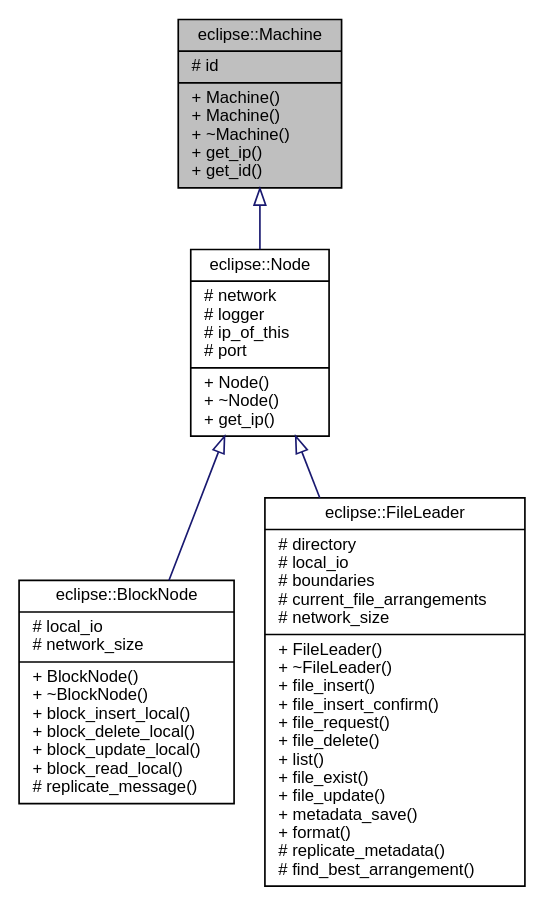
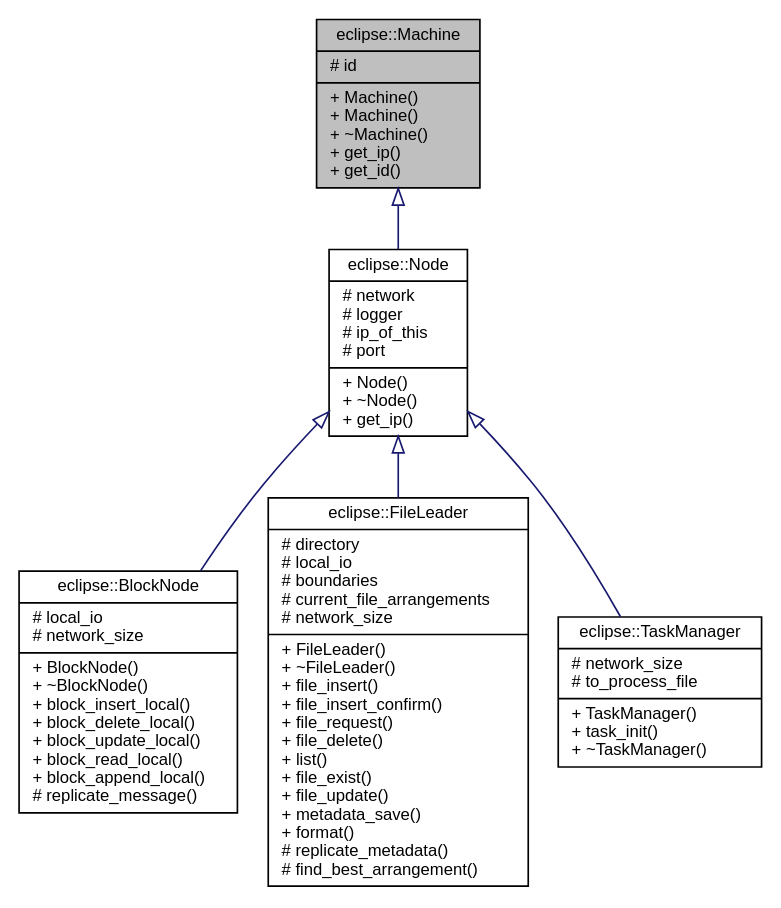
One commit to DICL/VeloxDFS changed the diagram in classeclipse_1_1Machine__inherit__graph.dot. Above: the diagram before and after it, drawn with Graphviz. The commit also changed 1482 other files, not shown here.

```diff
--- a/classeclipse_1_1Machine__inherit__graph.dot
+++ b/classeclipse_1_1Machine__inherit__graph.dot
@@ -1,12 +1,15 @@
 digraph "eclipse::Machine"
 {
+ // LATEX_PDF_SIZE
   edge [fontname="Helvetica",fontsize="10",labelfontname="Helvetica",labelfontsize="10"];
   node [fontname="Helvetica",fontsize="10",shape=record];
-  Node1 [label="{eclipse::Machine\n|# id\l|+ Machine()\l+ Machine()\l+ ~Machine()\l+ get_ip()\l+ get_id()\l}",height=0.2,width=0.4,color="black", fillcolor="grey75", style="filled" fontcolor="black"];
+  Node1 [label="{eclipse::Machine\n|# id\l|+ Machine()\l+ Machine()\l+ ~Machine()\l+ get_ip()\l+ get_id()\l}",height=0.2,width=0.4,color="black", fillcolor="grey75", style="filled", fontcolor="black",tooltip=" "];
   Node1 -> Node2 [dir="back",color="midnightblue",fontsize="10",style="solid",arrowtail="onormal",fontname="Helvetica"];
-  Node2 [label="{eclipse::Node\n|# network\l# logger\l# ip_of_this\l# port\l|+ Node()\l+ ~Node()\l+ get_ip()\l}",height=0.2,width=0.4,color="black", fillcolor="white", style="filled",URL="$classeclipse_1_1Node.html"];
+  Node2 [label="{eclipse::Node\n|# network\l# logger\l# ip_of_this\l# port\l|+ Node()\l+ ~Node()\l+ get_ip()\l}",height=0.2,width=0.4,color="black", fillcolor="white", style="filled",URL="$classeclipse_1_1Node.html",tooltip=" "];
   Node2 -> Node3 [dir="back",color="midnightblue",fontsize="10",style="solid",arrowtail="onormal",fontname="Helvetica"];
-  Node3 [label="{eclipse::BlockNode\n|# local_io\l# network_size\l|+ BlockNode()\l+ ~BlockNode()\l+ block_insert_local()\l+ block_delete_local()\l+ block_update_local()\l+ block_read_local()\l# replicate_message()\l}",height=0.2,width=0.4,color="black", fillcolor="white", style="filled",URL="$classeclipse_1_1BlockNode.html"];
+  Node3 [label="{eclipse::BlockNode\n|# local_io\l# network_size\l|+ BlockNode()\l+ ~BlockNode()\l+ block_insert_local()\l+ block_delete_local()\l+ block_update_local()\l+ block_read_local()\l+ block_append_local()\l# replicate_message()\l}",height=0.2,width=0.4,color="black", fillcolor="white", style="filled",URL="$classeclipse_1_1BlockNode.html",tooltip=" "];
   Node2 -> Node4 [dir="back",color="midnightblue",fontsize="10",style="solid",arrowtail="onormal",fontname="Helvetica"];
-  Node4 [label="{eclipse::FileLeader\n|# directory\l# local_io\l# boundaries\l# current_file_arrangements\l# network_size\l|+ FileLeader()\l+ ~FileLeader()\l+ file_insert()\l+ file_insert_confirm()\l+ file_request()\l+ file_delete()\l+ list()\l+ file_exist()\l+ file_update()\l+ metadata_save()\l+ format()\l# replicate_metadata()\l# find_best_arrangement()\l}",height=0.2,width=0.4,color="black", fillcolor="white", style="filled",URL="$classeclipse_1_1FileLeader.html"];
+  Node4 [label="{eclipse::FileLeader\n|# directory\l# local_io\l# boundaries\l# current_file_arrangements\l# network_size\l|+ FileLeader()\l+ ~FileLeader()\l+ file_insert()\l+ file_insert_confirm()\l+ file_request()\l+ file_delete()\l+ list()\l+ file_exist()\l+ file_update()\l+ metadata_save()\l+ format()\l# replicate_metadata()\l# find_best_arrangement()\l}",height=0.2,width=0.4,color="black", fillcolor="white", style="filled",URL="$classeclipse_1_1FileLeader.html",tooltip=" "];
+  Node2 -> Node5 [dir="back",color="midnightblue",fontsize="10",style="solid",arrowtail="onormal",fontname="Helvetica"];
+  Node5 [label="{eclipse::TaskManager\n|# network_size\l# to_process_file\l|+ TaskManager()\l+ task_init()\l+ ~TaskManager()\l}",height=0.2,width=0.4,color="black", fillcolor="white", style="filled",URL="$classeclipse_1_1TaskManager.html",tooltip=" "];
 }
```
